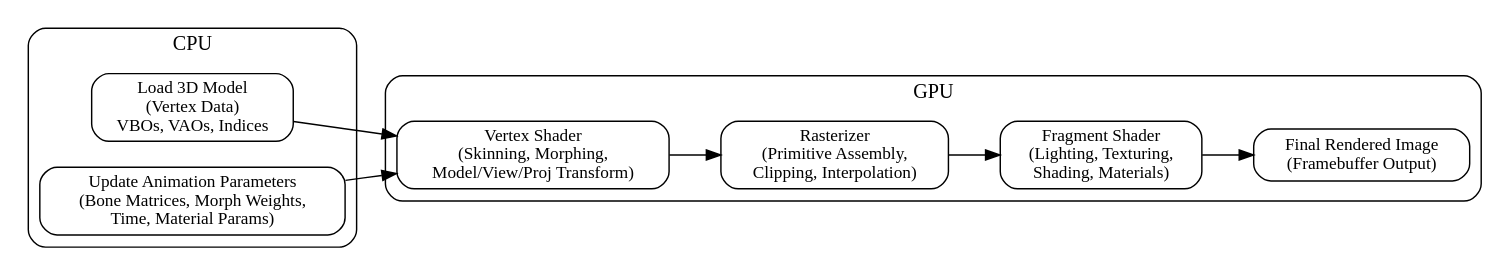
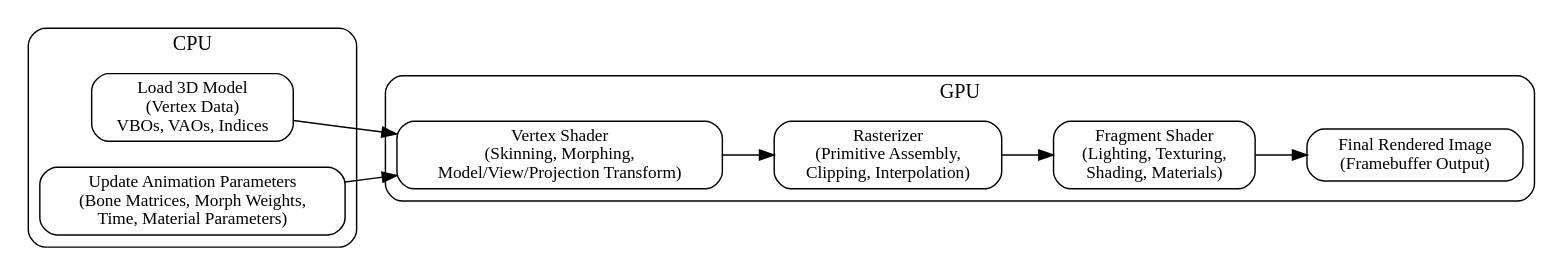
Before and after one commit to Jonathan2251/gpu: the diagram in Fig/opengl/short-rendering-pipeline-shaders-cpu-gpu.gv, drawn with Graphviz. The commit also changed 31 other files, not shown here.

```diff
--- a/Fig/opengl/short-rendering-pipeline-shaders-cpu-gpu.gv
+++ b/Fig/opengl/short-rendering-pipeline-shaders-cpu-gpu.gv
@@ -1,27 +1,27 @@
 digraph CPU_GPU_Pipeline {
     rankdir=LR;
     node [shape=box, style=rounded, fontsize=12];
 
     subgraph cluster_cpu {
         label="CPU";
         style=rounded;
         CPU_Vertex [label="Load 3D Model\n(Vertex Data)\nVBOs, VAOs, Indices"];
-        CPU_Anim   [label="Update Animation Parameters\n(Bone Matrices, Morph Weights,\nTime, Material Params)"];
+        CPU_Anim   [label="Update Animation Parameters\n(Bone Matrices, Morph Weights,\nTime, Material Parameters)"];
     }
 
     subgraph cluster_gpu {
         label="GPU";
         style=rounded;
-        VS      [label="Vertex Shader\n(Skinning, Morphing,\nModel/View/Proj Transform)"];
+        VS      [label="Vertex Shader\n(Skinning, Morphing,\nModel/View/Projection Transform)"];
         Raster  [label="Rasterizer\n(Primitive Assembly,\nClipping, Interpolation)"];
         FS      [label="Fragment Shader\n(Lighting, Texturing,\nShading, Materials)"];
         FB      [label="Final Rendered Image\n(Framebuffer Output)"];
     }
 
     CPU_Vertex -> VS;
     CPU_Anim   -> VS;
 
     VS -> Raster;
     Raster -> FS;
     FS -> FB;
 }
```
